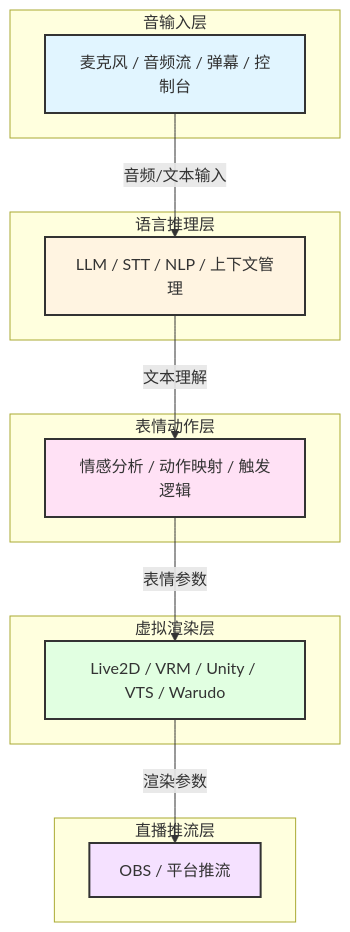
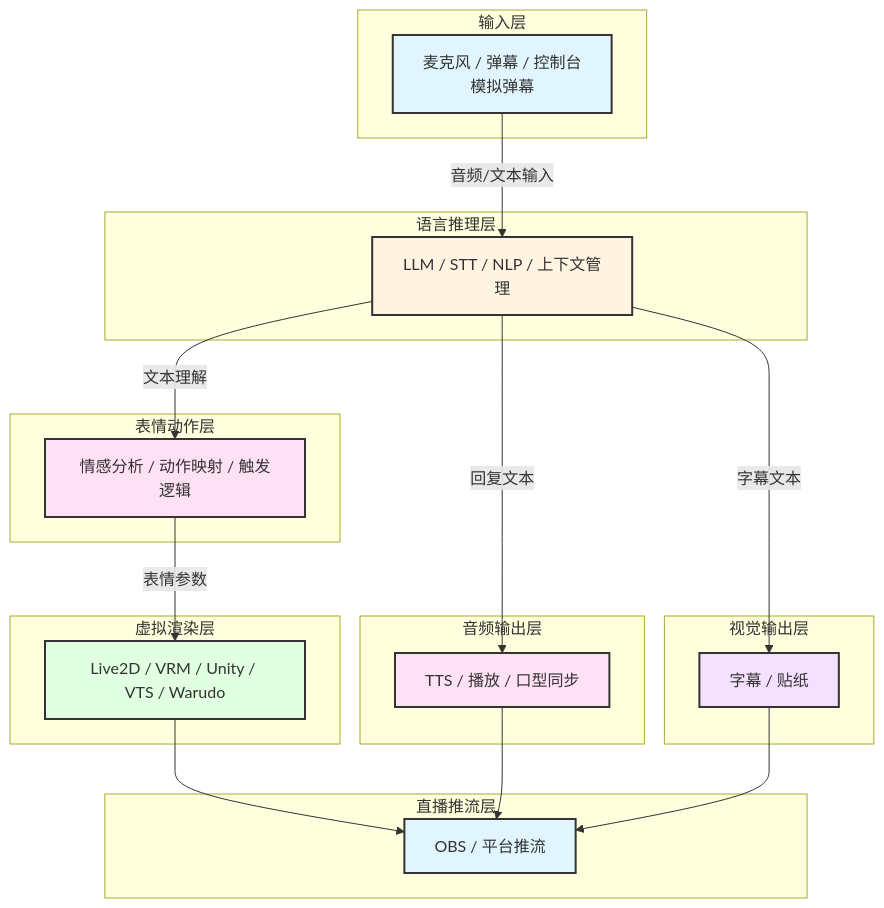
The first of 5 diagrams in refactor.md (Mai-with-u/Amaidesu), drawn with Mermaid before and after one commit. The commit also changed other lines of this file, not shown here.

````diff
--- a/refactor.md
+++ b/refactor.md
@@ -80,33 +86,47 @@
 ```mermaid
 graph TB
-    subgraph "音输入层"
-        AudioIn[麦克风 / 音频流 / 弹幕 / 控制台]
+    subgraph "输入层"
+        Input[麦克风 / 弹幕 / 控制台<br/>模拟弹幕]
     end
 
     subgraph "语言推理层"
         LangProc[LLM / STT / NLP / 上下文管理]
     end
 
     subgraph "表情动作层"
         ExprGen[情感分析 / 动作映射 / 触发逻辑]
     end
 
     subgraph "虚拟渲染层"
         VirtRend[Live2D / VRM / Unity / VTS / Warudo]
     end
 
+    subgraph "音频输出层"
+        AudioOut[TTS / 播放 / 口型同步]
+    end
+
+    subgraph "视觉输出层"
+        VisOut[字幕 / 贴纸]
+    end
+
     subgraph "直播推流层"
         Stream[OBS / 平台推流]
     end
 
-    AudioIn -->|音频/文本输入| LangProc
+    Input -->|音频/文本输入| LangProc
     LangProc -->|文本理解| ExprGen
     ExprGen -->|表情参数| VirtRend
-    VirtRend -->|渲染参数| Stream
+    LangProc -->|回复文本| AudioOut
+    LangProc -->|字幕文本| VisOut
+    VirtRend --> Stream
+    AudioOut --> Stream
+    VisOut --> Stream
 
-    style AudioIn fill:#e1f5ff,stroke:#333,stroke-width:2px
+    style Input fill:#e1f5ff,stroke:#333,stroke-width:2px
     style LangProc fill:#fff4e1,stroke:#333,stroke-width:2px
     style ExprGen fill:#ffe1f5,stroke:#333,stroke-width:2px
     style VirtRend fill:#e1ffe1,stroke:#333,stroke-width:2px
-    style Stream fill:#f5e1ff,stroke:#333,stroke-width:2px
+    style AudioOut fill:#ffe1f5,stroke:#333,stroke-width:2px
+    style VisOut fill:#f5e1ff,stroke:#333,stroke-width:2px
+    style Stream fill:#e1f5ff,stroke:#333,stroke-width:2px
 ```
````
